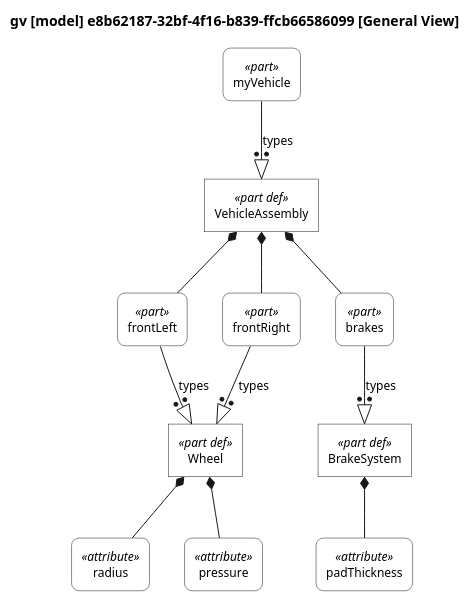
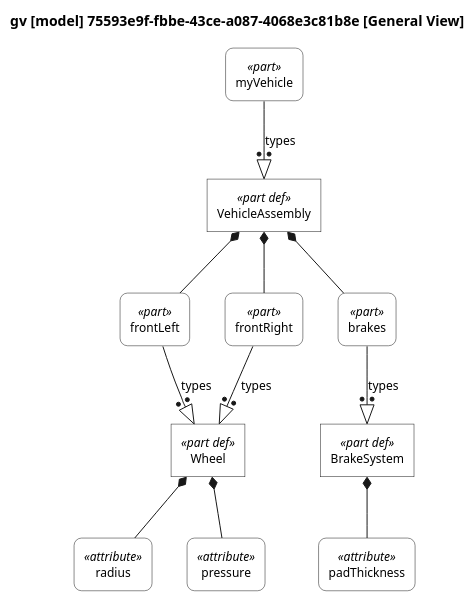
The diagram in docs/plantuml-examples/04-bw-style.puml (mycr0ft/sysml2py), drawn with PlantUML before and after one commit. The commit also changed 27 other files, not shown here.

```diff
--- a/docs/plantuml-examples/04-bw-style.puml
+++ b/docs/plantuml-examples/04-bw-style.puml
@@ -1,173 +1,173 @@
 @startuml
 
 skinparam monochrome true
 skinparam wrapWidth 300
 skinparam defaultFontSize 12
 skinparam defaultFontName Helvetica
 
 skinparam rectangle<<part def>> {
     RoundCorner 0
     BackgroundColor white
 }
 skinparam rectangle<<part>> {
     RoundCorner 15
     BackgroundColor white
 }
 skinparam rectangle<<action def>> {
     RoundCorner 0
     BackgroundColor white
 }
 skinparam rectangle<<action>> {
     RoundCorner 15
     BackgroundColor white
 }
 skinparam rectangle<<state def>> {
     RoundCorner 0
     BackgroundColor white
 }
 skinparam rectangle<<state>> {
     RoundCorner 15
     BackgroundColor white
 }
 skinparam rectangle<<port def>> {
     RoundCorner 0
     BackgroundColor white
 }
 skinparam rectangle<<port>> {
     RoundCorner 15
     BackgroundColor white
 }
 skinparam rectangle<<interface def>> {
     RoundCorner 0
     BackgroundColor white
 }
 skinparam rectangle<<interface>> {
     RoundCorner 15
     BackgroundColor white
 }
 skinparam rectangle<<item def>> {
     RoundCorner 0
     BackgroundColor white
 }
 skinparam rectangle<<item>> {
     RoundCorner 15
     BackgroundColor white
 }
 skinparam rectangle<<attribute def>> {
     RoundCorner 0
     BackgroundColor white
 }
 skinparam rectangle<<attribute>> {
     RoundCorner 15
     BackgroundColor white
 }
 skinparam rectangle<<connection def>> {
     RoundCorner 0
     BackgroundColor white
 }
 skinparam rectangle<<connection>> {
     RoundCorner 15
     BackgroundColor white
 }
 skinparam rectangle<<flow def>> {
     RoundCorner 0
     BackgroundColor white
 }
 skinparam rectangle<<flow>> {
     RoundCorner 15
     BackgroundColor white
 }
 skinparam rectangle<<requirement def>> {
     RoundCorner 0
     BackgroundColor white
 }
 skinparam rectangle<<requirement>> {
     RoundCorner 15
     BackgroundColor white
 }
 skinparam rectangle<<use case def>> {
     RoundCorner 0
     BackgroundColor white
 }
 skinparam rectangle<<use case>> {
     RoundCorner 15
     BackgroundColor white
 }
 skinparam rectangle<<constraint def>> {
     RoundCorner 0
     BackgroundColor white
 }
 skinparam rectangle<<constraint>> {
     RoundCorner 15
     BackgroundColor white
 }
 skinparam rectangle<<calculation def>> {
     RoundCorner 0
     BackgroundColor white
 }
 skinparam rectangle<<calculation>> {
     RoundCorner 15
     BackgroundColor white
 }
 skinparam rectangle<<enumeration def>> {
     RoundCorner 0
     BackgroundColor white
 }
 skinparam rectangle<<enumeration>> {
     RoundCorner 15
     BackgroundColor white
 }
 skinparam rectangle<<allocation def>> {
     RoundCorner 0
     BackgroundColor white
 }
 skinparam rectangle<<allocation>> {
     RoundCorner 15
     BackgroundColor white
 }
 skinparam rectangle<<view def>> {
     RoundCorner 0
     BackgroundColor white
 }
 skinparam rectangle<<view>> {
     RoundCorner 15
     BackgroundColor white
 }
 skinparam folder<<view def>> {
     RoundCorner 0
     BackgroundColor white
 }
 skinparam folder<<view>> {
     RoundCorner 15
     BackgroundColor white
 }
 
 top to bottom direction
 
-title gv [model] e8b62187-32bf-4f16-b839-ffcb66586099 [General View]
+title gv [model] 75593e9f-fbbe-43ce-a087-4068e3c81b8e [General View]
 
 hide circle
 
 rectangle "Wheel" as E1 <<part def>>
 rectangle "radius" as E2 <<attribute>>
 rectangle "pressure" as E4 <<attribute>>
 rectangle "BrakeSystem" as E6 <<part def>>
 rectangle "padThickness" as E7 <<attribute>>
 rectangle "VehicleAssembly" as E9 <<part def>>
 rectangle "frontLeft" as E10 <<part>>
 rectangle "frontRight" as E11 <<part>>
 rectangle "brakes" as E12 <<part>>
 rectangle "myVehicle" as E13 <<part>>
 
 E1 *-- E2
 E1 *-- E4
 E6 *-- E7
 E9 *-- E10
 E10 --:|> E1 : types
 E9 *-- E11
 E11 --:|> E1 : types
 E9 *-- E12
 E12 --:|> E6 : types
 E13 --:|> E9 : types
 
 @enduml
```
